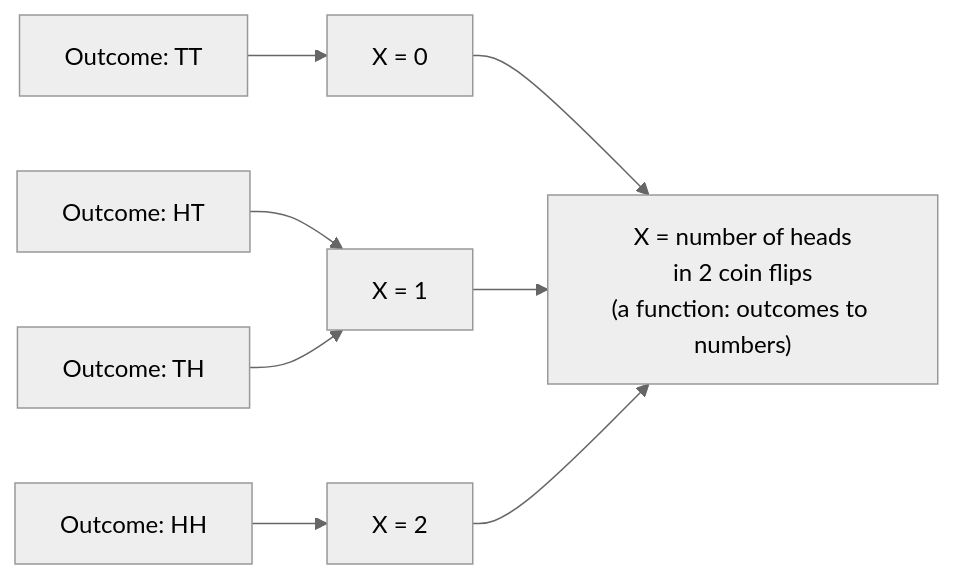
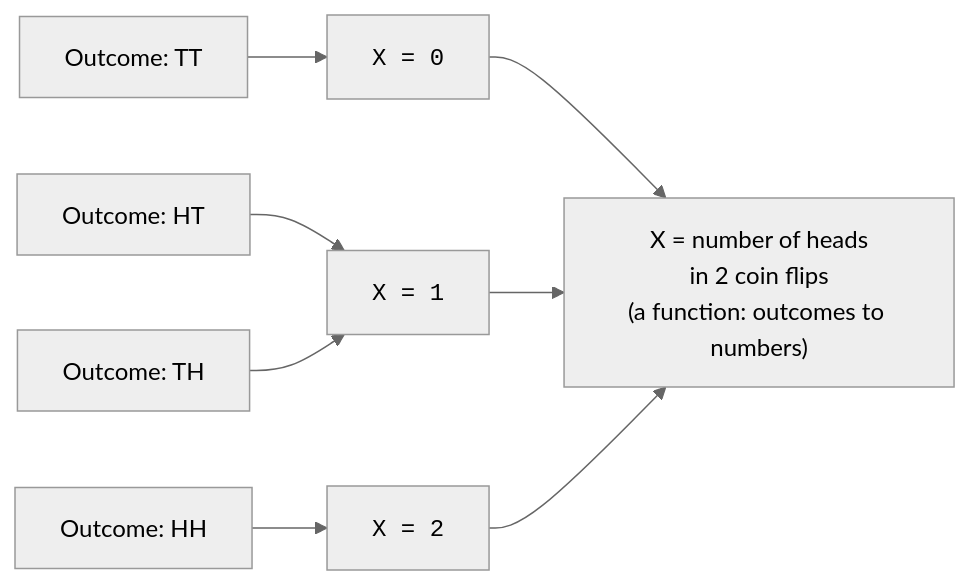
One commit to dataslope/dataslope changed the first of 3 diagrams in content/learn/statistics-for-data-science-python/random-variables.mdx. Above: the diagram before and after it, drawn with Mermaid (neutral theme). The commit also changed 100 other files, not shown here.

First line of the commit message:
Wrap more code in diagram labels: filenames, hex, assignments, subgraph titles

````diff
--- a/content/learn/statistics-for-data-science-python/random-variables.mdx
+++ b/content/learn/statistics-for-data-science-python/random-variables.mdx
@@ -29,10 +29,10 @@
 ```mermaid
 flowchart LR
-  O1["Outcome: HH"] --> N2["X = 2"]
-  O2["Outcome: HT"] --> N1["X = 1"]
+  O1["Outcome: HH"] --> N2["<code>X = 2</code>"]
+  O2["Outcome: HT"] --> N1["<code>X = 1</code>"]
   O3["Outcome: TH"] --> N1
-  O4["Outcome: TT"] --> N0["X = 0"]
+  O4["Outcome: TT"] --> N0["<code>X = 0</code>"]
   N0 --> R["X = number of heads<br/>in 2 coin flips<br/>(a function: outcomes to numbers)"]
   N1 --> R
   N2 --> R
 ```
````
